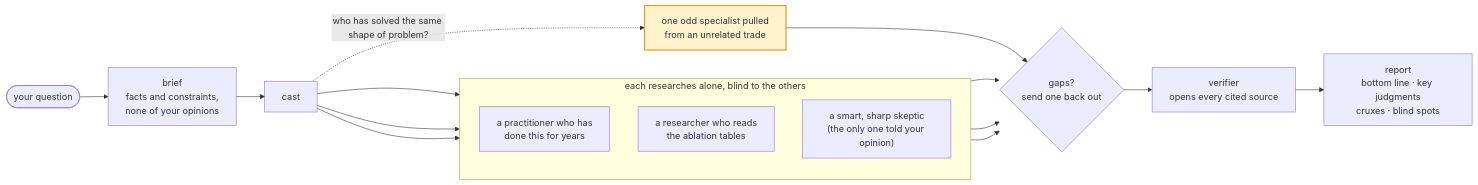
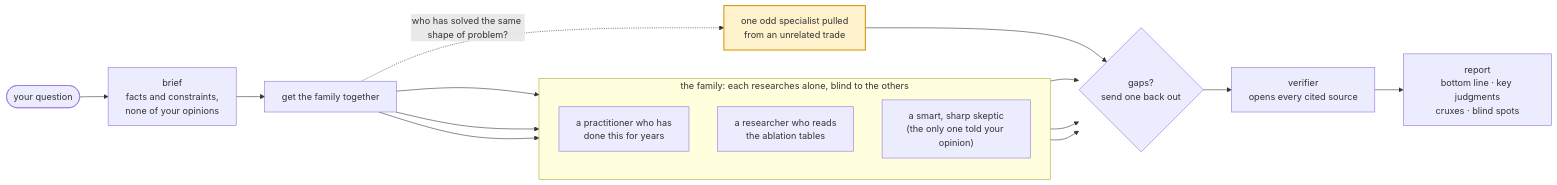
One commit to xhyumiracle/family-skill changed the diagram in README.md. Above: the diagram before and after it, drawn with Mermaid. The commit also changed other lines of this file and 1 other file, not shown here.

Commit message:
README: the crew are family members

````diff
--- a/README.md
+++ b/README.md
@@ -15,18 +15,18 @@
 ```mermaid
 flowchart LR
   Q([your question]) --> B["brief<br/>facts and constraints,<br/>none of your opinions"]
-  B --> C["cast"]
-  subgraph crew ["each researches alone, blind to the others"]
+  B --> C["get the family together"]
+  subgraph crew ["the family: each researches alone, blind to the others"]
     direction TB
     S1["a practitioner who has<br/>done this for years"]
     S2["a researcher who reads<br/>the ablation tables"]
     S4["a smart, sharp skeptic<br/>(the only one told your opinion)"]
   end
   O["one odd specialist pulled<br/>from an unrelated trade"]:::far
   C --> S1 & S2 & S4
   C -. "who has solved the same shape of problem?" .-> O
   S1 & S2 & S4 & O --> G{"gaps?<br/>send one back out"}
   G --> V["verifier<br/>opens every cited source"]
   V --> R["report<br/>bottom line · key judgments<br/>cruxes · blind spots"]
   classDef far fill:#fff3cd,stroke:#d4a017,stroke-width:2px
 ```
````
